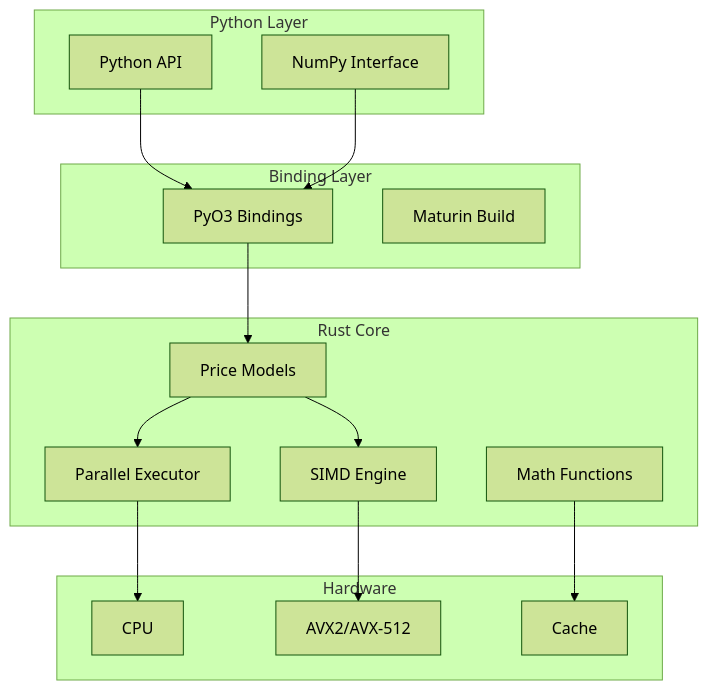
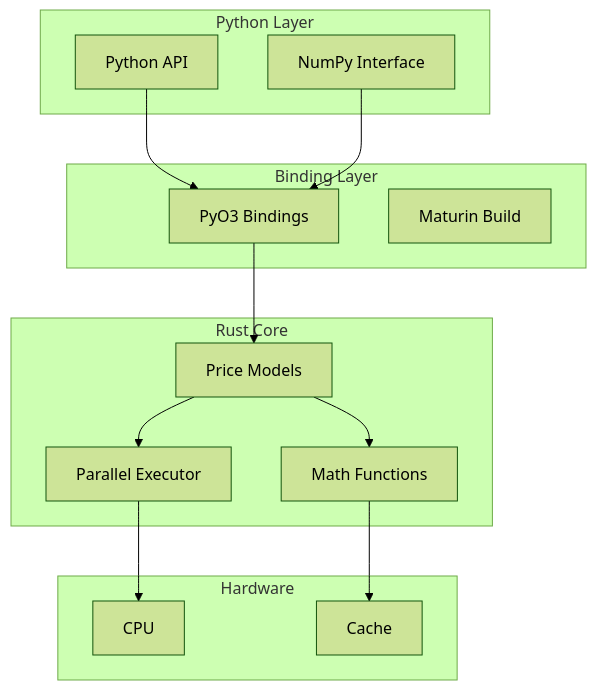
One commit to drillan/quantforge changed the diagram in docs/development/architecture.md. Above: the diagram before and after it, drawn with Mermaid (forest theme). The commit also changed other lines of this file and 29 other files, not shown here.

````diff
--- a/docs/development/architecture.md
+++ b/docs/development/architecture.md
@@ -7,34 +7,31 @@
 ```{mermaid}
 graph TB
     subgraph "Python Layer"
         PY[Python API]
         NP[NumPy Interface]
     end
     
     subgraph "Binding Layer"
         PYO3[PyO3 Bindings]
         MAT[Maturin Build]
     end
     
     subgraph "Rust Core"
         MODELS[Price Models]
-        SIMD[SIMD Engine]
         PARALLEL[Parallel Executor]
         MATH[Math Functions]
     end
     
     subgraph "Hardware"
         CPU[CPU]
-        AVX[AVX2/AVX-512]
         CACHE[Cache]
     end
     
     PY --> PYO3
     NP --> PYO3
     PYO3 --> MODELS
-    MODELS --> SIMD
     MODELS --> PARALLEL
-    SIMD --> AVX
+    MODELS --> MATH
     PARALLEL --> CPU
     MATH --> CACHE
 ```
````
